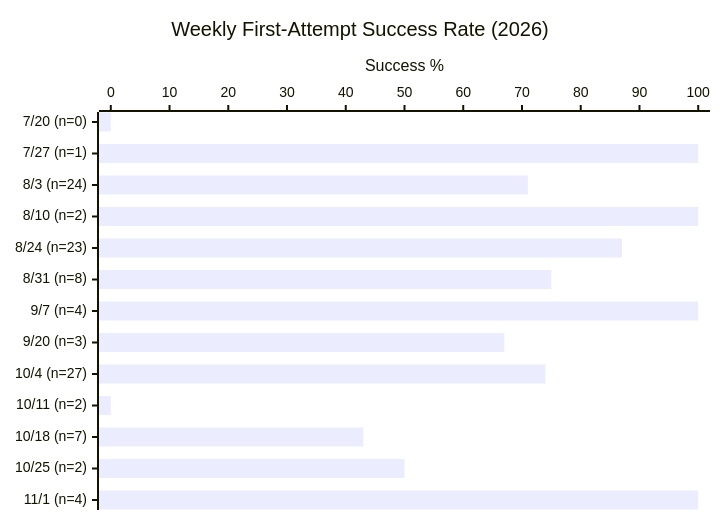
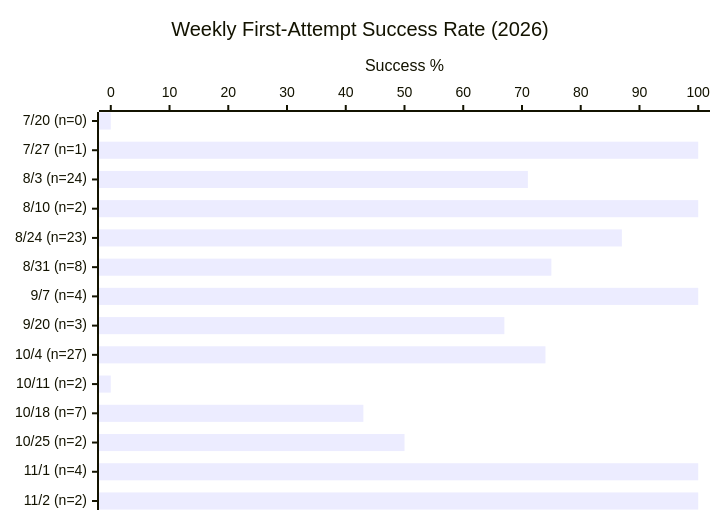
The first of 3 diagrams in EVAL.md (Sanctum-Origo-Systems/patina), drawn with Mermaid before and after one commit. The commit also changed other lines of this file and 1 other file, not shown here.

````diff
--- a/EVAL.md
+++ b/EVAL.md
@@ -104,7 +17,7 @@
 ```mermaid
 xychart-beta horizontal
     title "Weekly First-Attempt Success Rate (2026)"
-    x-axis ["7/20 (n=0)", "7/27 (n=1)", "8/3 (n=24)", "8/10 (n=2)", "8/24 (n=23)", "8/31 (n=8)", "9/7 (n=4)", "9/20 (n=3)", "10/4 (n=27)", "10/11 (n=2)", "10/18 (n=7)", "10/25 (n=2)", "11/1 (n=4)"]
+    x-axis ["7/20 (n=0)", "7/27 (n=1)", "8/3 (n=24)", "8/10 (n=2)", "8/24 (n=23)", "8/31 (n=8)", "9/7 (n=4)", "9/20 (n=3)", "10/4 (n=27)", "10/11 (n=2)", "10/18 (n=7)", "10/25 (n=2)", "11/1 (n=4)", "11/2 (n=2)"]
     y-axis "Success %" 0 --> 100
-    bar [0, 100, 71, 100, 87, 75, 100, 67, 74, 0, 43, 50, 100]
+    bar [0, 100, 71, 100, 87, 75, 100, 67, 74, 0, 43, 50, 100, 100]
 ```
````
